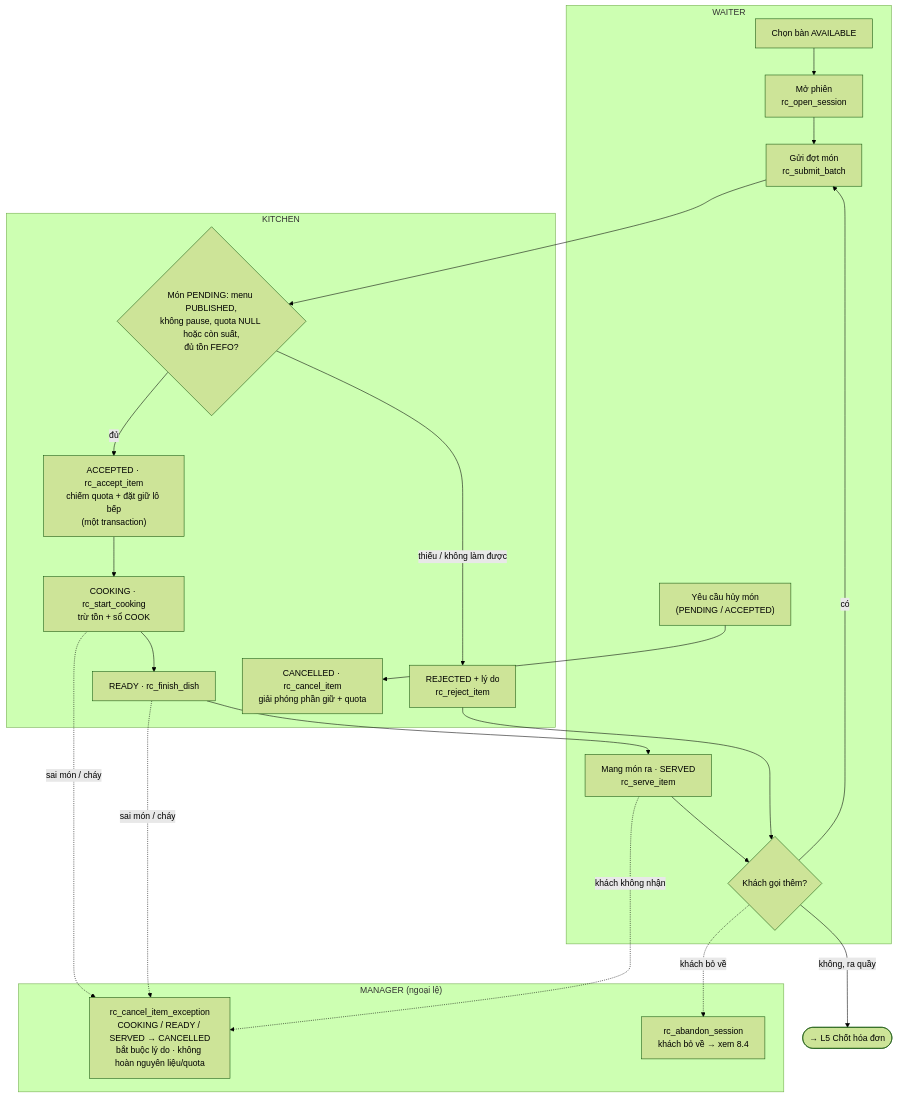
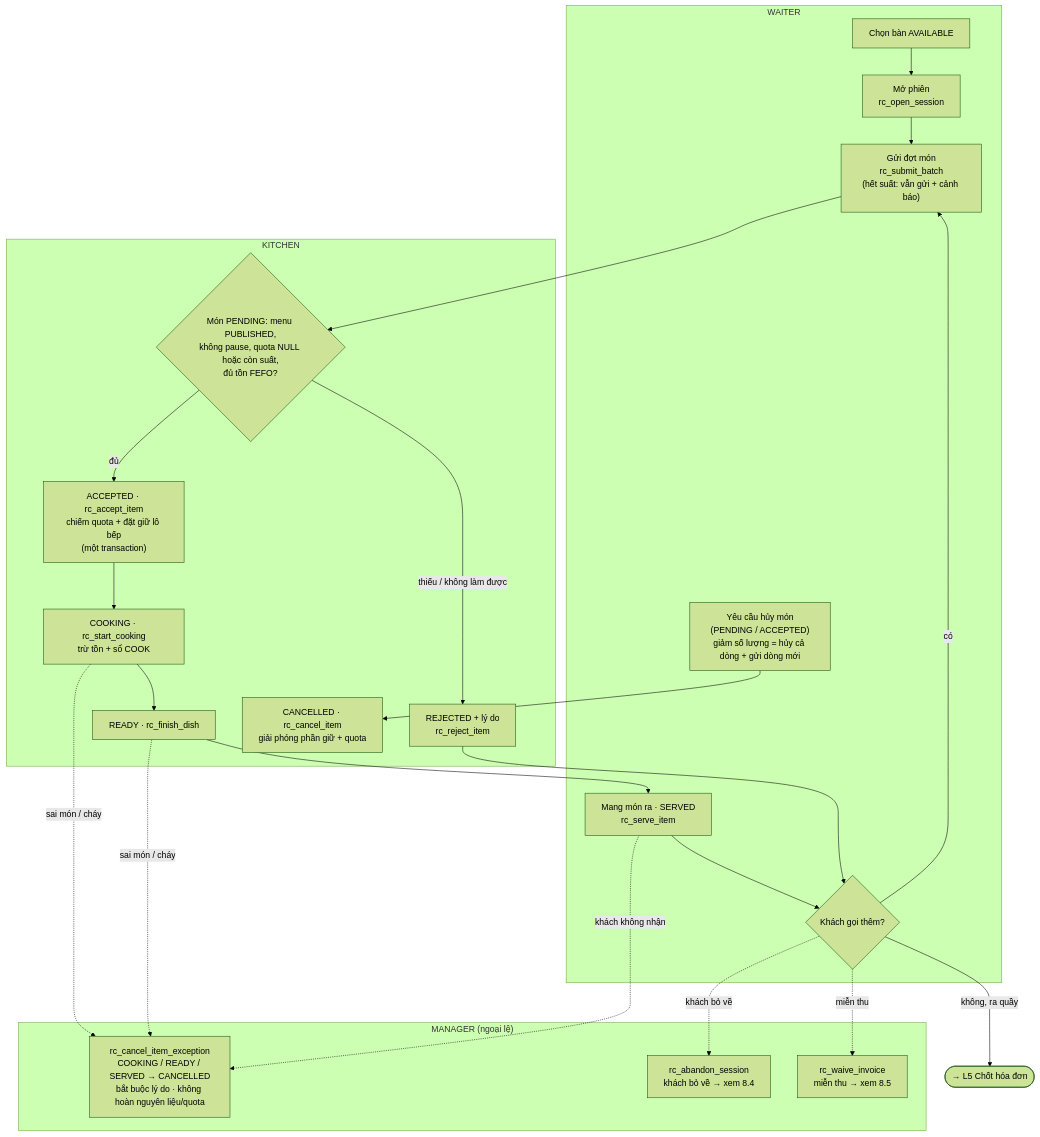
The ninth of 16 diagrams in docs/01-luong-chinh.md (Anpham120/restaurant-management-system), drawn with Mermaid (forest theme) before and after one commit. The commit also changed other lines of this file and 17 other files, not shown here.

````diff
--- a/docs/01-luong-chinh.md
+++ b/docs/01-luong-chinh.md
@@ -229,35 +230,37 @@
 ```mermaid
 flowchart TB
     subgraph W["WAITER"]
         W1["Chọn bàn AVAILABLE"] --> W2["Mở phiên<br/>rc_open_session"]
-        W2 --> W3["Gửi đợt món<br/>rc_submit_batch"]
+        W2 --> W3["Gửi đợt món<br/>rc_submit_batch<br/>(hết suất: vẫn gửi + cảnh báo)"]
         W6["Mang món ra · SERVED<br/>rc_serve_item"]
         W7{"Khách gọi thêm?"}
-        W8["Yêu cầu hủy món<br/>(PENDING / ACCEPTED)"]
+        W8["Yêu cầu hủy món<br/>(PENDING / ACCEPTED)<br/>giảm số lượng = hủy cả dòng + gửi dòng mới"]
     end
     subgraph K["KITCHEN"]
         K1{"Món PENDING: menu PUBLISHED,<br/>không pause, quota NULL hoặc còn suất,<br/>đủ tồn FEFO?"}
         K2["ACCEPTED · rc_accept_item<br/>chiếm quota + đặt giữ lô bếp<br/>(một transaction)"]
         K3["REJECTED + lý do<br/>rc_reject_item"]
         K4["COOKING · rc_start_cooking<br/>trừ tồn + sổ COOK"]
         K5["READY · rc_finish_dish"]
         K6["CANCELLED · rc_cancel_item<br/>giải phóng phần giữ + quota"]
     end
     subgraph M["MANAGER (ngoại lệ)"]
         M1["rc_cancel_item_exception<br/>COOKING / READY / SERVED → CANCELLED<br/>bắt buộc lý do · không hoàn nguyên liệu/quota"]
         M2["rc_abandon_session<br/>khách bỏ về → xem 8.4"]
+        M3["rc_waive_invoice<br/>miễn thu → xem 8.5"]
     end
     W3 --> K1
     K1 -- đủ --> K2
     K1 -- "thiếu / không làm được" --> K3
     K2 --> K4 --> K5 --> W6
     W6 --> W7
     K3 --> W7
     W7 -- có --> W3
     W7 -- "không, ra quầy" --> CO(["→ L5 Chốt hóa đơn"])
     W8 --> K6
     K4 -. "sai món / cháy" .-> M1
     K5 -. "sai món / cháy" .-> M1
     W6 -. "khách không nhận" .-> M1
     W7 -. "khách bỏ về" .-> M2
+    W7 -. "miễn thu" .-> M3
 ```
````
